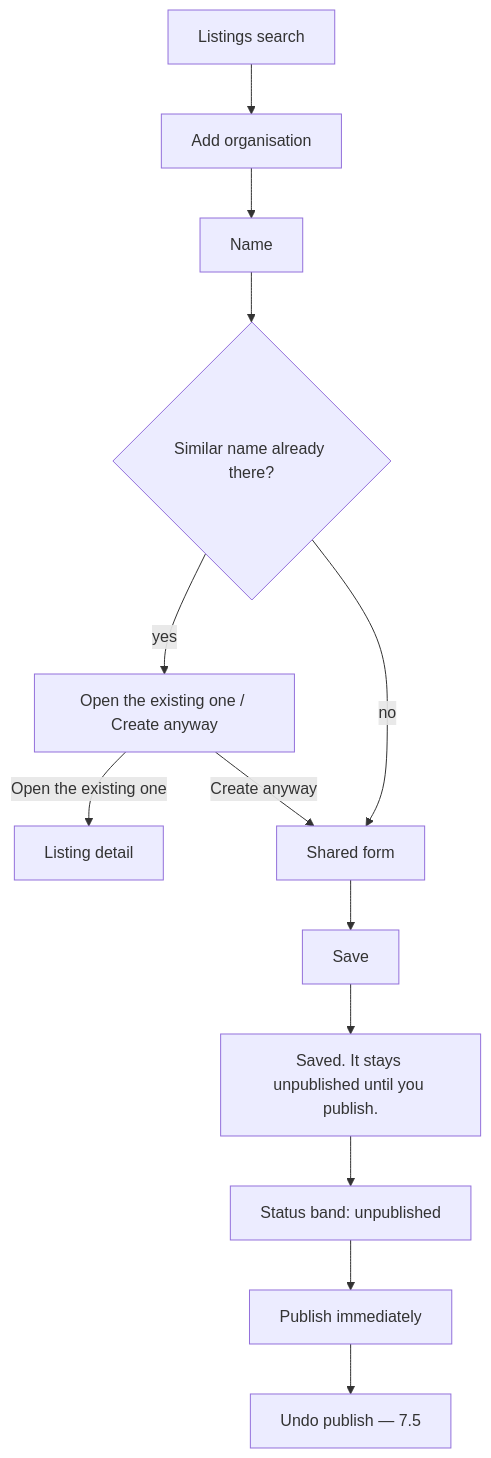
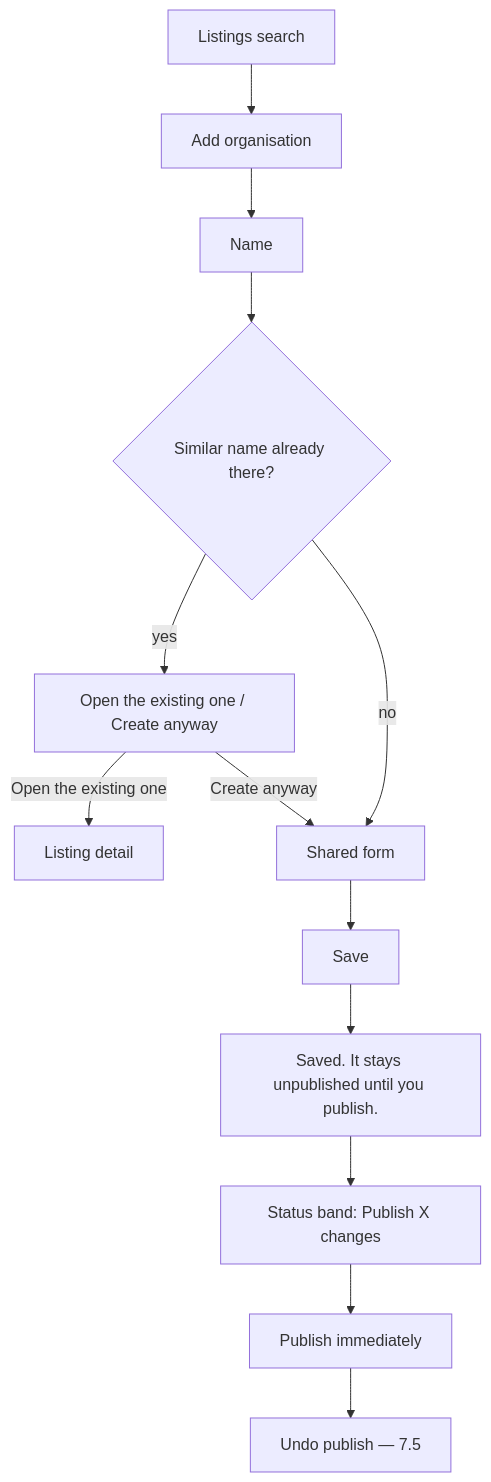
Before and after one commit to irab/porirua-locality-preview: the second of 4 diagrams in docs/design/editor-interface-design.md, drawn with Mermaid. The commit also changed other lines of this file and 41 other files, not shown here.

````diff
--- a/docs/design/editor-interface-design.md
+++ b/docs/design/editor-interface-design.md
@@ -415,15 +419,15 @@
 ```mermaid
 flowchart TD
   list[Listings search] --> add[Add organisation]
   add --> name[Name]
   name --> dup{Similar name already there?}
   dup -->|yes| warn[Open the existing one / Create anyway]
   warn -->|Open the existing one| detail[Listing detail]
   warn -->|Create anyway| fields[Shared form]
   dup -->|no| fields
   fields --> save[Save]
   save --> toast[Saved. It stays unpublished until you publish.]
-  toast --> pub[Status band: unpublished]
+  toast --> pub[Status band: Publish X changes]
   pub --> live[Publish immediately]
   live --> undoPub[Undo publish — 7.5]
 ```
````
